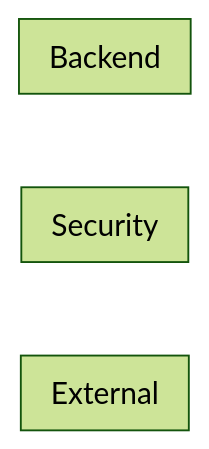
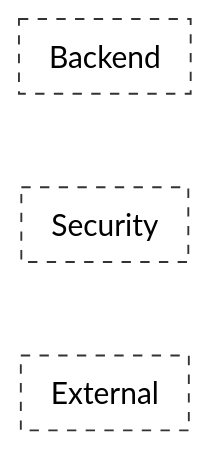
The first of 2 diagrams in .windsurf/workflows/theplant.dfd.md (theplant/speckit-starter-go), drawn with Mermaid (forest theme) before and after one commit. The commit also changed other lines of this file, not shown here.

Commit message:
Update trust boundary style and do not allow nested trusted boundaries

````diff
--- a/.windsurf/workflows/theplant.dfd.md
+++ b/.windsurf/workflows/theplant.dfd.md
@@ -24,12 +24,16 @@
 ```mermaid
 graph LR
     %% Styles
     classDef process fill:#e1f5fe,stroke:#01579b,stroke-width:2px;
+    classDef boundary fill:none,stroke:#333,stroke-dasharray: 5 5;
 
     subgraph External ["External"]
     end
+    class External boundary
     subgraph Security ["Security"]
     end
+    class Security boundary
     subgraph Backend ["Backend"]
     end
+    class Backend boundary
 ```
````
